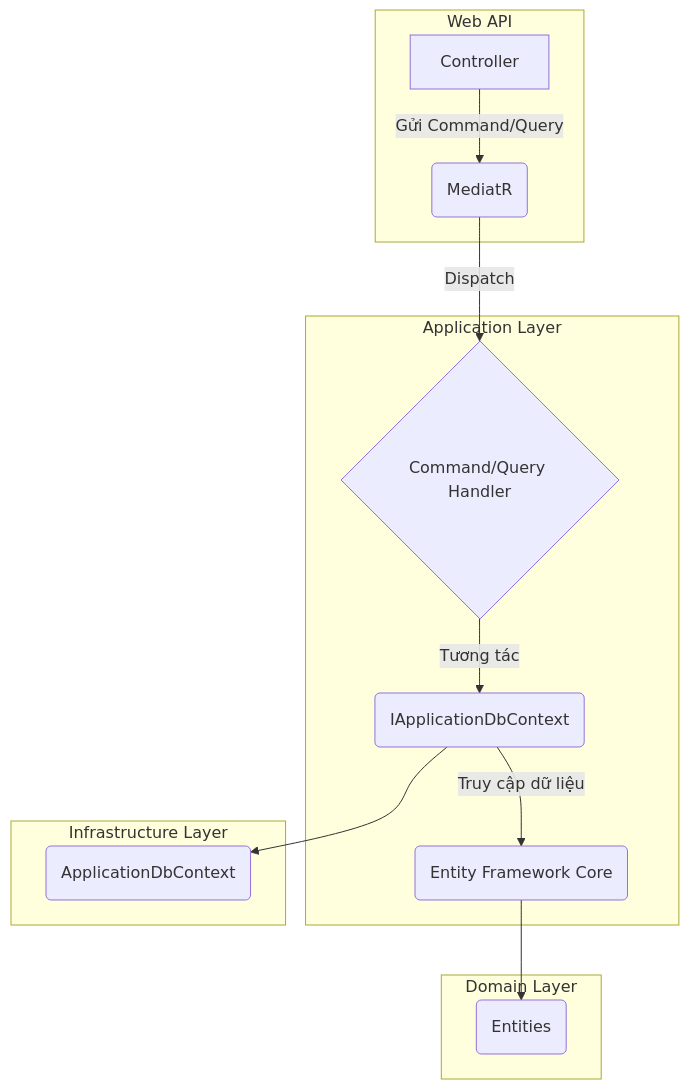
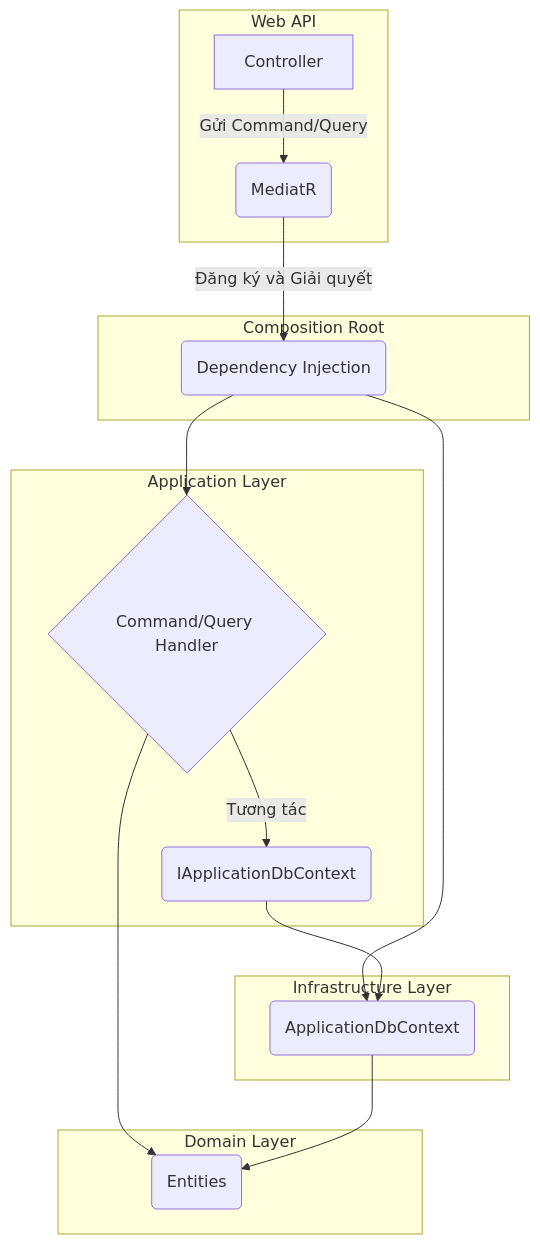
Before and after one commit to hkthao/family-tree-3: the fourth of 5 diagrams in docs/engineering/architecture.md, drawn with Mermaid. The commit also changed other lines of this file and 2 other files, not shown here.

First line of the commit message:
docs: Update architecture, backend guide, and contribution guide documentation

````diff
--- a/docs/engineering/architecture.md
+++ b/docs/engineering/architecture.md
@@ -74,20 +74,25 @@
 ```mermaid
 graph TD
     subgraph "Web API"
         A[Controller] -->|Gửi Command/Query| B(MediatR)
     end
 
+    subgraph "Composition Root"
+        B -->|Đăng ký và Giải quyết| CR(Dependency Injection)
+    end
+
     subgraph "Application Layer"
-        B -->|Dispatch| C{Command/Query Handler}
+        CR --> C{Command/Query Handler}
         C -->|Tương tác| D(IApplicationDbContext)
-        D -->|Truy cập dữ liệu| E(Entity Framework Core)
+    end
+
+    subgraph "Infrastructure Layer"
+        CR --> G(ApplicationDbContext)
+        D --> G
     end
 
     subgraph "Domain Layer"
-        E --> F(Entities)
-    end
-
-    subgraph "Infrastructure Layer"
-        D --> G(ApplicationDbContext)
+        C --> F(Entities)
+        G --> F
     end
 ```
````
